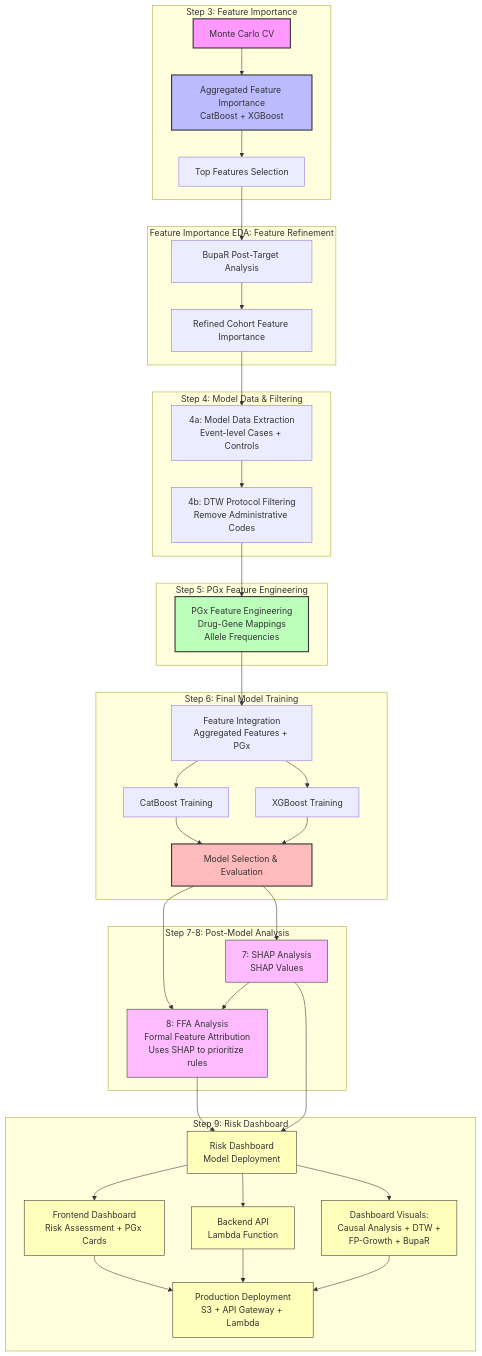
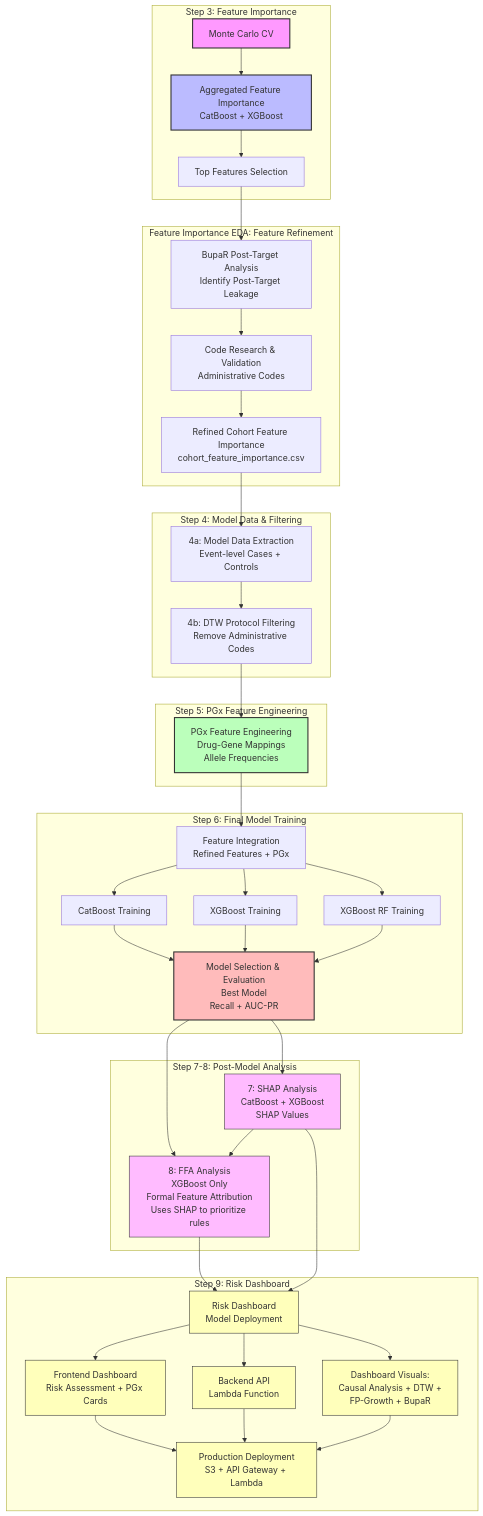
The diagram in docs/README_analysis_workflow.md (Jerome3590/pgx-analysis), drawn with Mermaid before and after one commit. The commit also changed 2 other files, not shown here.

Commit message:
Update README and mermaid charts to reflect correct workflow
- Updated workflow steps description to clarify Feature Importance EDA uses BupaR post-target analysis (not DTW)
- Updated mermaid flowcharts to show:
  - Feature Importance EDA: BupaR Post-Target Analysis → Code Research → Refined Feature Importance
  - Step 6: All three models (CatBoost, XGBoost, XGBoost RF) with model selection
  - Step 7: SHAP for both CatBoost and XGBoost
  - Step 8: FFA for XGBoost only (uses SHAP from Step 7)
- Clarified that Step 4a uses refined features from Feature Importance EDA (REQUIRED)
- Updated key features section to reflect refined features (not aggregated) in final model
- Updated all three README files: README.md, docs/README_overview.md, docs/README_analysis_workflow.md

````diff
--- a/docs/README_analysis_workflow.md
+++ b/docs/README_analysis_workflow.md
@@ -241,58 +241,61 @@
 ```mermaid
 flowchart TD
     subgraph "Step 3: Feature Importance"
         A[Monte Carlo CV] --> B[Aggregated Feature Importance<br/>CatBoost + XGBoost]
         B --> C[Top Features Selection]
     end
     
     subgraph "Feature Importance EDA: Feature Refinement"
-        C --> C1[BupaR Post-Target Analysis]
-        C1 --> C3[Refined Cohort Feature Importance]
+        C --> C1[BupaR Post-Target Analysis<br/>Identify Post-Target Leakage]
+        C1 --> C2[Code Research & Validation<br/>Administrative Codes]
+        C2 --> C3[Refined Cohort Feature Importance<br/>cohort_feature_importance.csv]
     end
     
     subgraph "Step 4: Model Data & Filtering"
         C3 --> D[4a: Model Data Extraction<br/>Event-level Cases + Controls]
         D --> E[4b: DTW Protocol Filtering<br/>Remove Administrative Codes]
     end
     
     subgraph "Step 5: PGx Feature Engineering"
         E --> F[PGx Feature Engineering<br/>Drug-Gene Mappings<br/>Allele Frequencies]
     end
     
     subgraph "Step 6: Final Model Training"
-        F --> G[Feature Integration<br/>Aggregated Features + PGx]
+        F --> G[Feature Integration<br/>Refined Features + PGx]
         G --> H[CatBoost Training]
         G --> I[XGBoost Training]
-        H --> J[Model Selection & Evaluation]
+        G --> I2[XGBoost RF Training]
+        H --> J[Model Selection & Evaluation<br/>Best Model<br/>Recall + AUC-PR]
         I --> J
+        I2 --> J
     end
     
     subgraph "Step 7-8: Post-Model Analysis"
-        J --> K[7: SHAP Analysis<br/>SHAP Values]
-        J --> L[8: FFA Analysis<br/>Formal Feature Attribution<br/>Uses SHAP to prioritize rules]
+        J --> K[7: SHAP Analysis<br/>CatBoost + XGBoost<br/>SHAP Values]
+        J --> L[8: FFA Analysis<br/>XGBoost Only<br/>Formal Feature Attribution<br/>Uses SHAP to prioritize rules]
         K --> L
     end
     
     subgraph "Step 9: Risk Dashboard"
         L --> N[Risk Dashboard<br/>Model Deployment]
         K --> N
         N --> N1[Frontend Dashboard<br/>Risk Assessment + PGx Cards]
         N --> N2[Backend API<br/>Lambda Function]
         N --> N3[Dashboard Visuals:<br/>Causal Analysis + DTW +<br/>FP-Growth + BupaR]
         N1 --> N4[Production Deployment<br/>S3 + API Gateway + Lambda]
         N2 --> N4
         N3 --> N4
     end
     
     style A fill:#f9f,stroke:#333,stroke-width:2px
     style B fill:#bbf,stroke:#333,stroke-width:2px
     style F fill:#bfb,stroke:#333,stroke-width:2px
     style J fill:#fbb,stroke:#333,stroke-width:2px
     style K fill:#fbf,stroke:#333,stroke-width:2px    %% SHAP Analysis
     style L fill:#fbf,stroke:#333,stroke-width:2px    %% FFA Analysis
     style N fill:#ffb,stroke:#333,stroke-width:2px    %% Risk Dashboard
     style N1 fill:#ffb,stroke:#333,stroke-width:2px    %% Frontend
     style N2 fill:#ffb,stroke:#333,stroke-width:2px    %% Backend
     style N3 fill:#ffb,stroke:#333,stroke-width:2px    %% Visualizations
     style N4 fill:#ffb,stroke:#333,stroke-width:2px    %% Deployment
 ```
````
